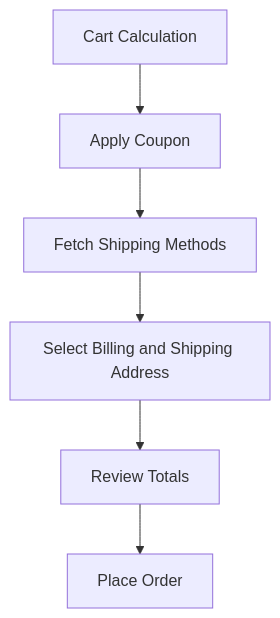
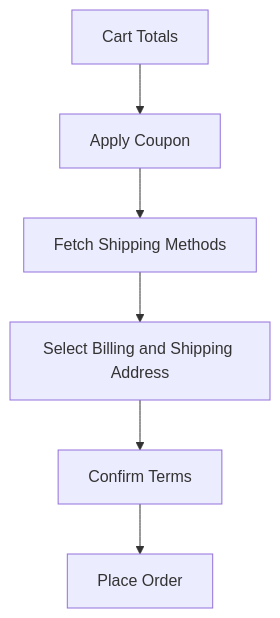
One commit to royalpandit/Oui-User changed the sixth of 7 diagrams in README.md. Above: the diagram before and after it, drawn with Mermaid. The commit also changed other lines of this file, not shown here.

````diff
--- a/README.md
+++ b/README.md
@@ -146,8 +136,8 @@
 ```mermaid
 flowchart TD
-	C1[Cart Calculation] --> C2[Apply Coupon]
-	C2 --> C3[Fetch Shipping Methods]
-	C3 --> C4[Select Billing and Shipping Address]
-	C4 --> C5[Review Totals]
-	C5 --> C6[Place Order]
+		A[Cart Totals] --> B[Apply Coupon]
+		B --> C[Fetch Shipping Methods]
+		C --> D[Select Billing and Shipping Address]
+		D --> E[Confirm Terms]
+		E --> F[Place Order]
 ```
````
